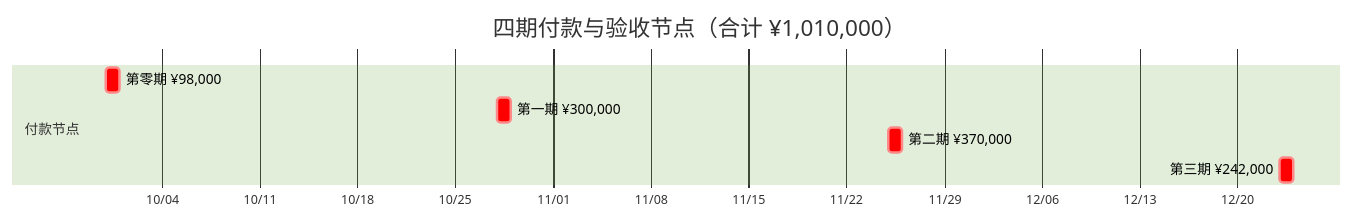
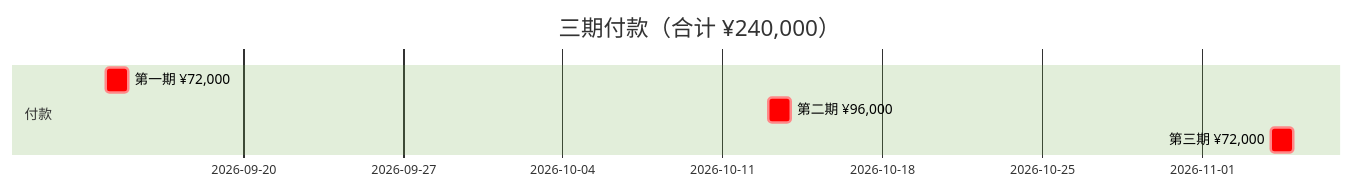
Before and after one commit to abutang-droid/Texas-Hold-em: the third of 3 diagrams in docs/local/全项目计划书.md, drawn with Mermaid (forest theme). The commit also changed other lines of this file and 6 other files, not shown here.

````diff
--- a/docs/local/全项目计划书.md
+++ b/docs/local/全项目计划书.md
@@ -303,12 +256,10 @@
 ```mermaid
 gantt
-    title 四期付款与验收节点（合计 ¥1,010,000）
+    title 三期付款（合计 ¥240,000）
     dateFormat YYYY-MM-DD
-    axisFormat %m/%d
 
-    section 付款节点
-    第零期 ¥98,000           :crit, pay0, 2026-09-30, 1d
-    第一期 ¥300,000          :crit, pay1, 2026-10-28, 1d
-    第二期 ¥370,000          :crit, pay2, 2026-11-25, 1d
-    第三期 ¥242,000          :crit, pay3, 2026-12-23, 1d
+    section 付款
+    第一期 ¥72,000          :crit, pay1, 2026-09-14, 1d
+    第二期 ¥96,000          :crit, pay2, 2026-10-13, 1d
+    第三期 ¥72,000          :crit, pay3, 2026-11-04, 1d
 ```
````
